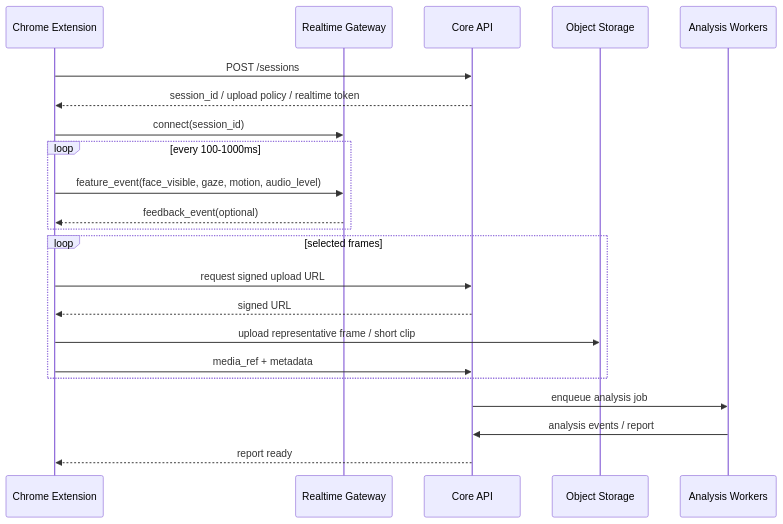
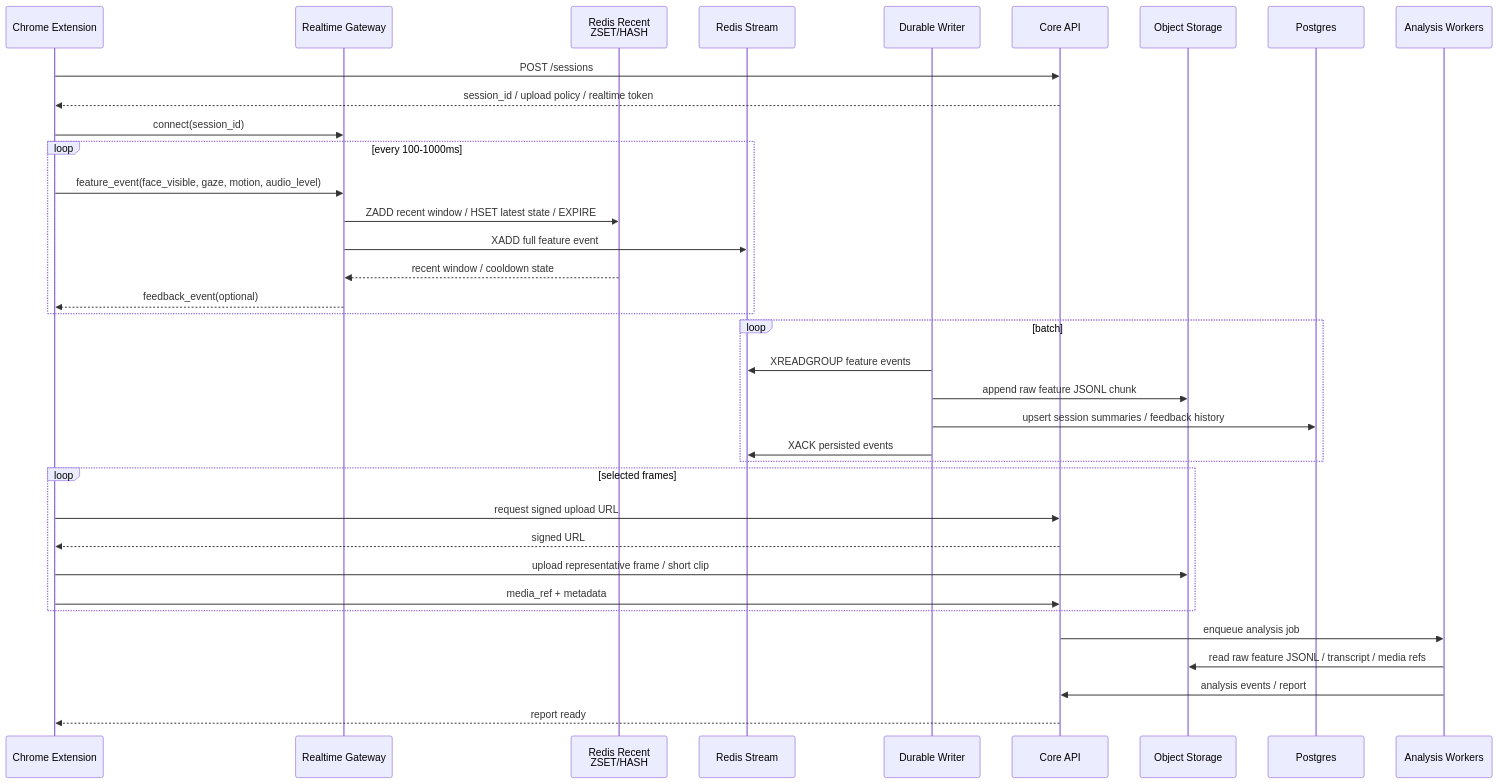
The fourth of 6 diagrams in plan/1st-plan.md (k-kanke/reaction-engine), drawn with Mermaid before and after one commit. The commit also changed other lines of this file and 2 other files, not shown here.

````diff
--- a/plan/1st-plan.md
+++ b/plan/1st-plan.md
@@ -226,28 +243,43 @@
 ```mermaid
 sequenceDiagram
   participant Ext as Chrome Extension
   participant WS as Realtime Gateway
+  participant Redis as Redis Recent<br/>ZSET/HASH
+  participant Stream as Redis Stream
+  participant Writer as Durable Writer
   participant API as Core API
   participant Obj as Object Storage
+  participant DB as Postgres
   participant Worker as Analysis Workers
 
   Ext->>API: POST /sessions
   API-->>Ext: session_id / upload policy / realtime token
 
   Ext->>WS: connect(session_id)
   loop every 100-1000ms
     Ext->>WS: feature_event(face_visible, gaze, motion, audio_level)
+    WS->>Redis: ZADD recent window / HSET latest state / EXPIRE
+    WS->>Stream: XADD full feature event
+    Redis-->>WS: recent window / cooldown state
     WS-->>Ext: feedback_event(optional)
+  end
+
+  loop batch
+    Writer->>Stream: XREADGROUP feature events
+    Writer->>Obj: append raw feature JSONL chunk
+    Writer->>DB: upsert session summaries / feedback history
+    Writer->>Stream: XACK persisted events
   end
 
   loop selected frames
     Ext->>API: request signed upload URL
     API-->>Ext: signed URL
     Ext->>Obj: upload representative frame / short clip
     Ext->>API: media_ref + metadata
   end
 
   API->>Worker: enqueue analysis job
+  Worker->>Obj: read raw feature JSONL / transcript / media refs
   Worker->>API: analysis events / report
   API-->>Ext: report ready
 ```
````
